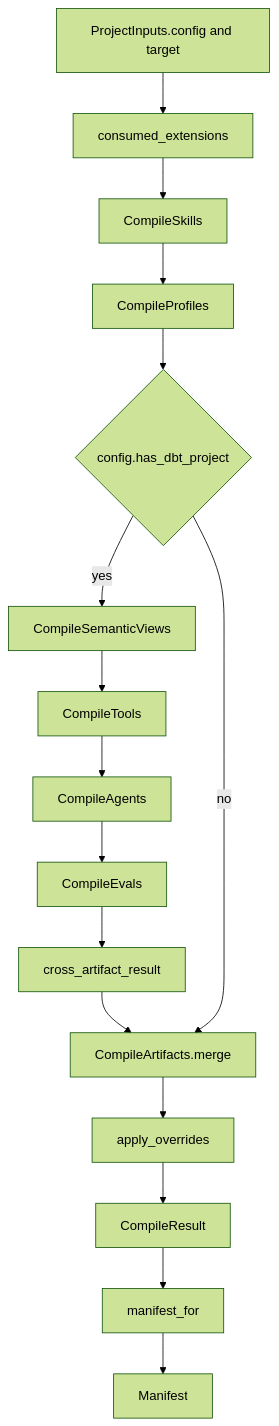
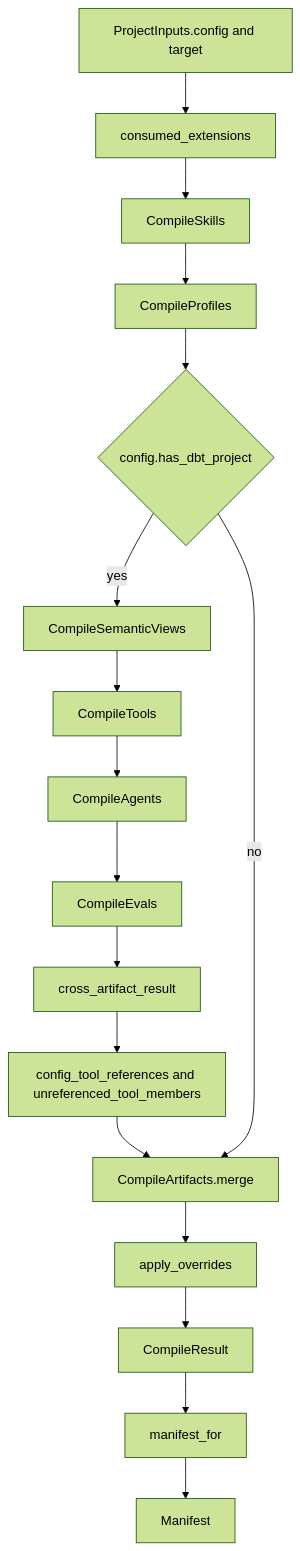
The third of 8 diagrams in docs/design/architecture.md (WhoopInc/snowflake-semantic-tools), drawn with Mermaid (forest theme) before and after one commit. The commit also changed other lines of this file and 11 other files, not shown here.

````diff
--- a/docs/design/architecture.md
+++ b/docs/design/architecture.md
@@ -224,18 +227,19 @@
 ```mermaid
 flowchart TD
     A["ProjectInputs.config and target"] --> B["consumed_extensions"]
     B --> C["CompileSkills"]
     C --> D["CompileProfiles"]
     D --> E{"config.has_dbt_project"}
     E -->|yes| F["CompileSemanticViews"]
     F --> G["CompileTools"]
     G --> H["CompileAgents"]
     H --> I["CompileEvals"]
     I --> J["cross_artifact_result"]
-    J --> K["CompileArtifacts.merge"]
+    J --> T["config_tool_references and unreferenced_tool_members"]
+    T --> K["CompileArtifacts.merge"]
     E -->|no| K
     K --> L["apply_overrides"]
     L --> M["CompileResult"]
     M --> N["manifest_for"]
     N --> O["Manifest"]
 ```
````
